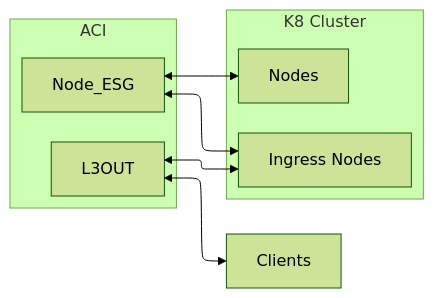
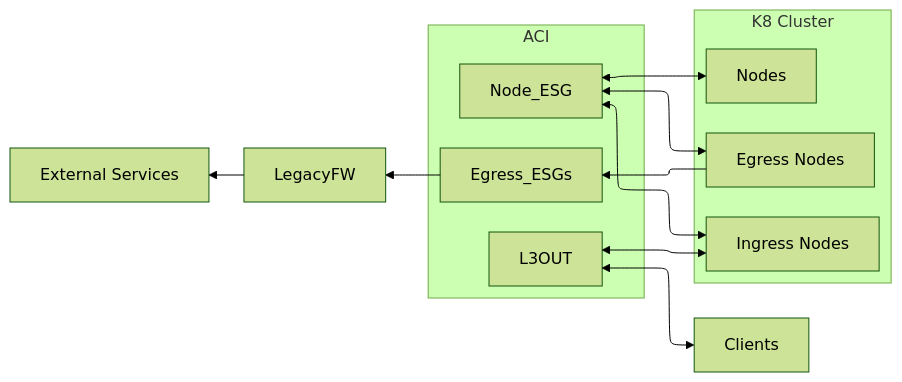
Before and after one commit to camrossi/aci-k8s-demo: the first of 2 diagrams in README.md, drawn with Mermaid (forest theme). The commit also changed other lines of this file and 2 other files, not shown here.

````diff
--- a/README.md
+++ b/README.md
@@ -23,15 +23,23 @@
 ```mermaid
     flowchart-elk RL
         subgraph K8 Cluster
             N["Nodes"]
             IN["Ingress Nodes"]
+            EN["Egress Nodes"]
         end
         subgraph ACI
             L3OUT
             Node_ESG
+            Egress_ESGs
         end
         Clients <--> L3OUT
+        ext["External Services"]
+        LegacyFW
         N <--> Node_ESG
         IN <--> L3OUT
         IN <--> Node_ESG
+        EN <--> Node_ESG
+        EN --> Egress_ESGs
+        Egress_ESGs --> LegacyFW
+        LegacyFW --> ext
 ```
````
